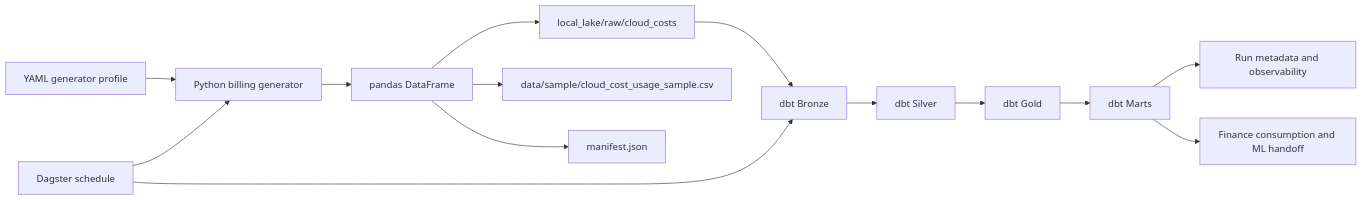
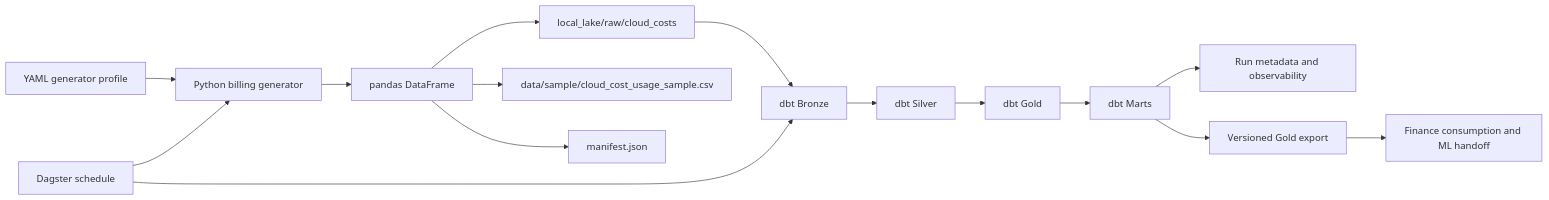
One commit to brunoramosmartins/finops-cost-capitalization-pipeline changed the diagram in docs/architecture.md. Above: the diagram before and after it, drawn with Mermaid. The commit also changed other lines of this file and 22 other files, not shown here.

Commit message:
feat(product): implement phase 4 gold exports and ml handoff

````diff
--- a/docs/architecture.md
+++ b/docs/architecture.md
@@ -39,16 +48,17 @@
 ```mermaid
 flowchart LR
     A[YAML generator profile] --> B[Python billing generator]
     B --> C[pandas DataFrame]
     C --> D[local_lake/raw/cloud_costs]
     C --> E[data/sample/cloud_cost_usage_sample.csv]
     C --> F[manifest.json]
     D --> G[dbt Bronze]
     G --> H[dbt Silver]
     H --> I[dbt Gold]
     I --> J[dbt Marts]
     J --> K[Run metadata and observability]
-    J --> L[Finance consumption and ML handoff]
-    M[Dagster schedule] --> B
-    M --> G
+    J --> L[Versioned Gold export]
+    L --> M[Finance consumption and ML handoff]
+    N[Dagster schedule] --> B
+    N --> G
 ```
````
